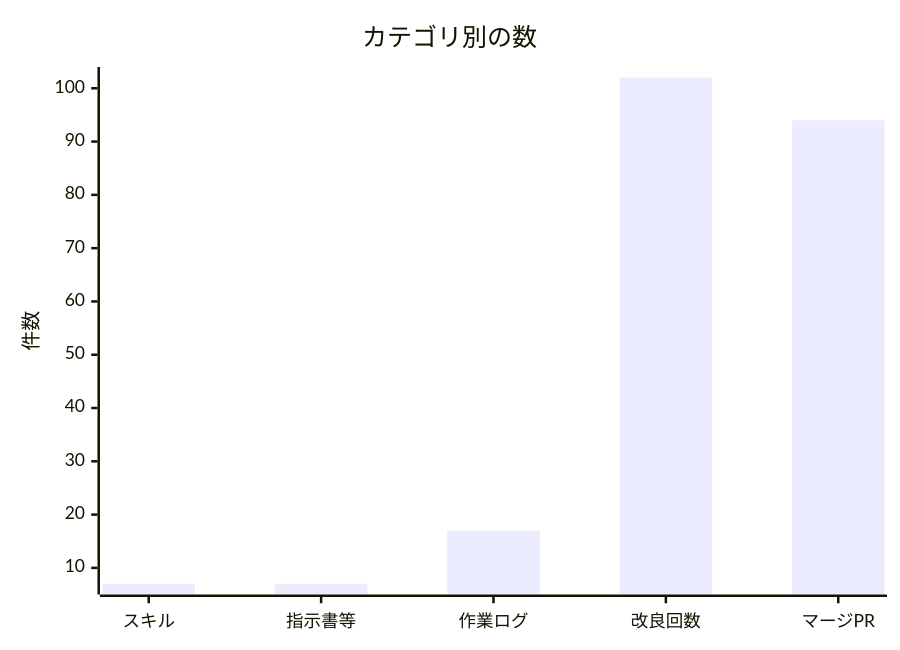
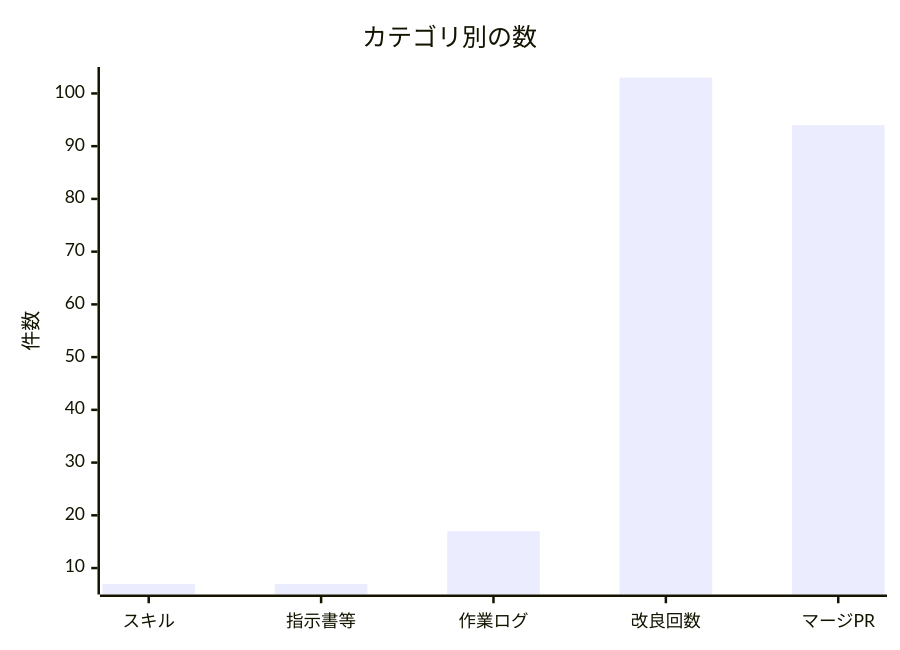
Before and after one commit to non-x2/non-x2: the second of 2 diagrams in docs/進化レポート.md, drawn with Mermaid. The commit also changed other lines of this file and 1 other file, not shown here.

````diff
--- a/docs/進化レポート.md
+++ b/docs/進化レポート.md
@@ -33,7 +33,7 @@
 ```mermaid
 xychart-beta
     title "カテゴリ別の数"
     x-axis ["スキル", "指示書等", "作業ログ", "改良回数", "マージPR"]
     y-axis "件数"
-    bar [7, 7, 17, 102, 94]
+    bar [7, 7, 17, 103, 94]
 ```
````
